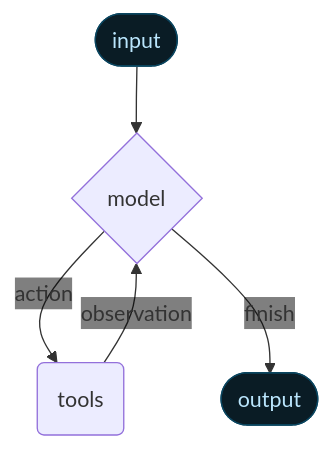
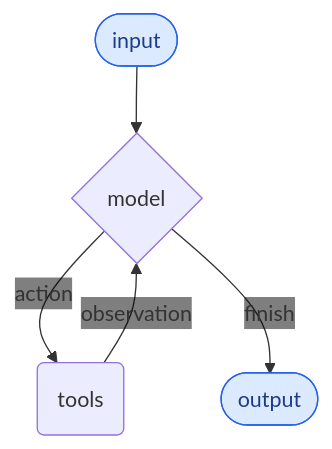
One commit to kunfan96/cndocs-langchain changed the diagram in oss/javascript/langchain/agents.mdx. Above: the diagram before and after it, drawn with Mermaid. The commit also changed other lines of this file and 2533 other files, not shown here.

````diff
--- a/oss/javascript/langchain/agents.mdx
+++ b/oss/javascript/langchain/agents.mdx
@@ -14,28 +14,28 @@
 ```mermaid
 %%{
   init: {
     "fontFamily": "monospace",
     "flowchart": {
       "curve": "curve"
     },
     "themeVariables": {"edgeLabelBackground": "transparent"}
   }
 }%%
 graph TD
   %% Outside the agent
   QUERY([input])
   LLM{model}
   TOOL(tools)
   ANSWER([output])
 
   %% Main flows (no inline labels)
   QUERY --> LLM
   LLM --"action"--> TOOL
   TOOL --"observation"--> LLM
   LLM --"finish"--> ANSWER
 
-  classDef blueHighlight fill:#0a1c25,stroke:#0a455f,color:#bae6fd;
-  classDef greenHighlight fill:#0b1e1a,stroke:#0c4c39,color:#9ce4c4;
+  classDef blueHighlight fill:#DBEAFE,stroke:#2563EB,color:#1E3A8A;
+  classDef greenHighlight fill:#DCFCE7,stroke:#16A34A,color:#14532D;
   class QUERY blueHighlight;
   class ANSWER blueHighlight;
 ```
````
